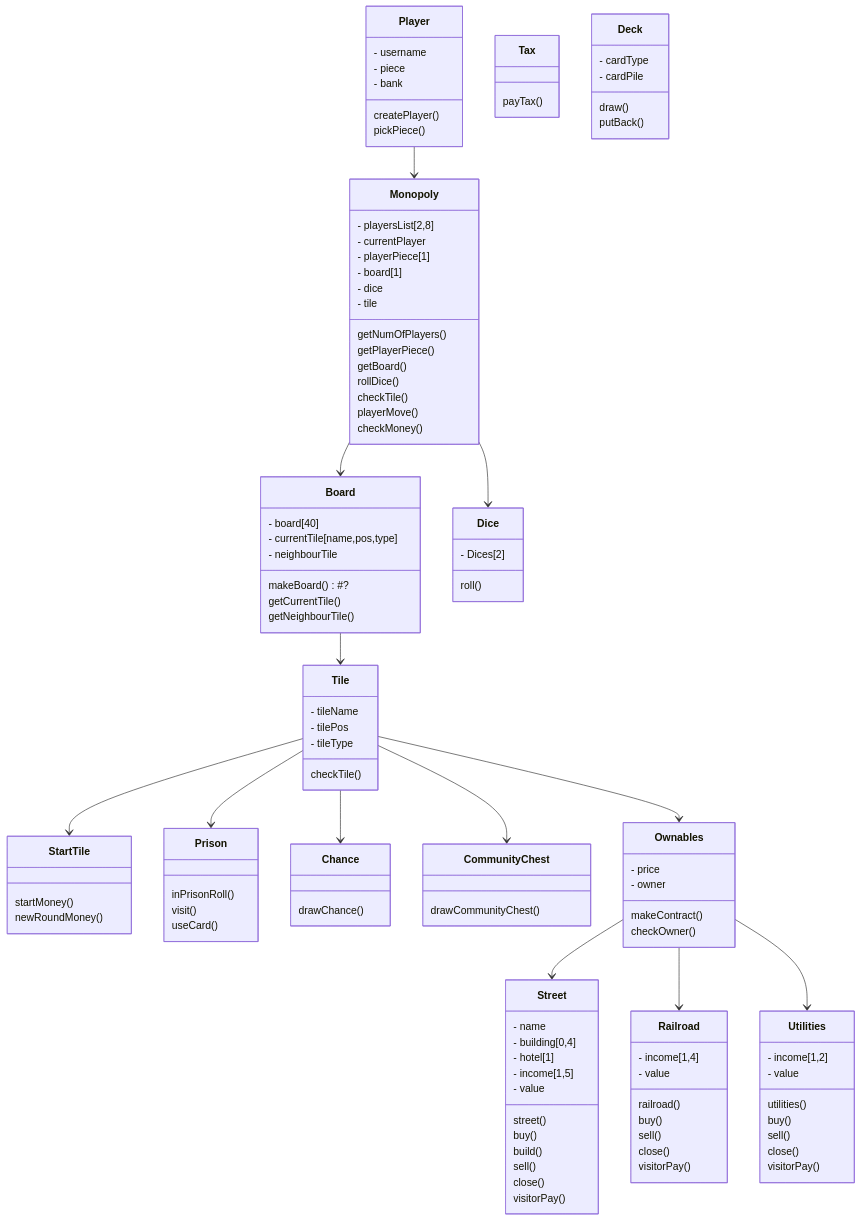
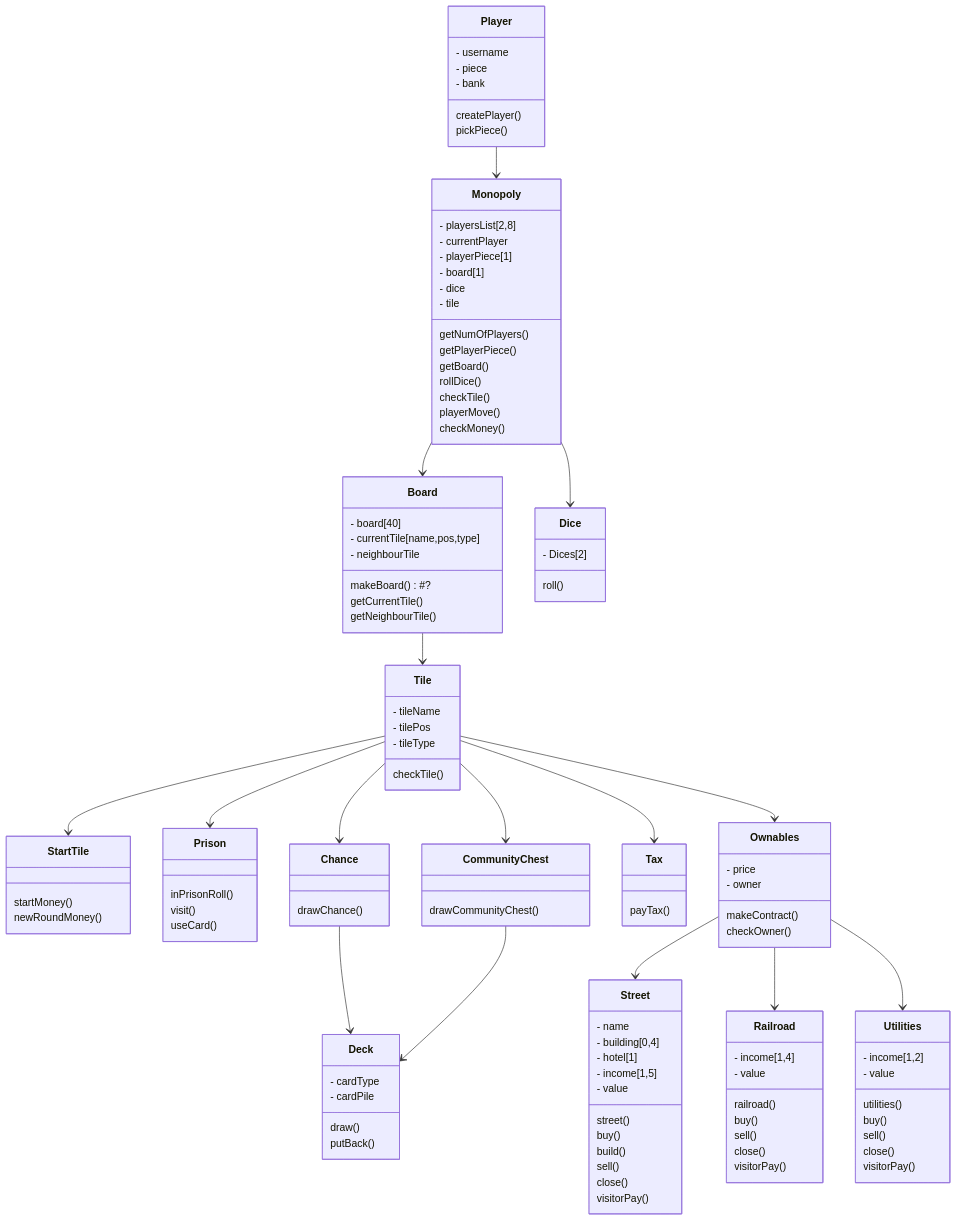
Before and after one commit to Eoyie/ot-harjoitustyo: the diagram in laskarit/viikko3/Monopoli.md, drawn with Mermaid.

```diff
--- a/laskarit/viikko3/Monopoli.md
+++ b/laskarit/viikko3/Monopoli.md
@@ -17,6 +17,9 @@
       Tile --> Prison
       Tile --> Chance
       Tile --> CommunityChest
+      Chance --> Deck
+      CommunityChest --> Deck
+      Tile --> Tax
       Tile --> Ownables
       Ownables --> Street
       Ownables --> Railroad
```
